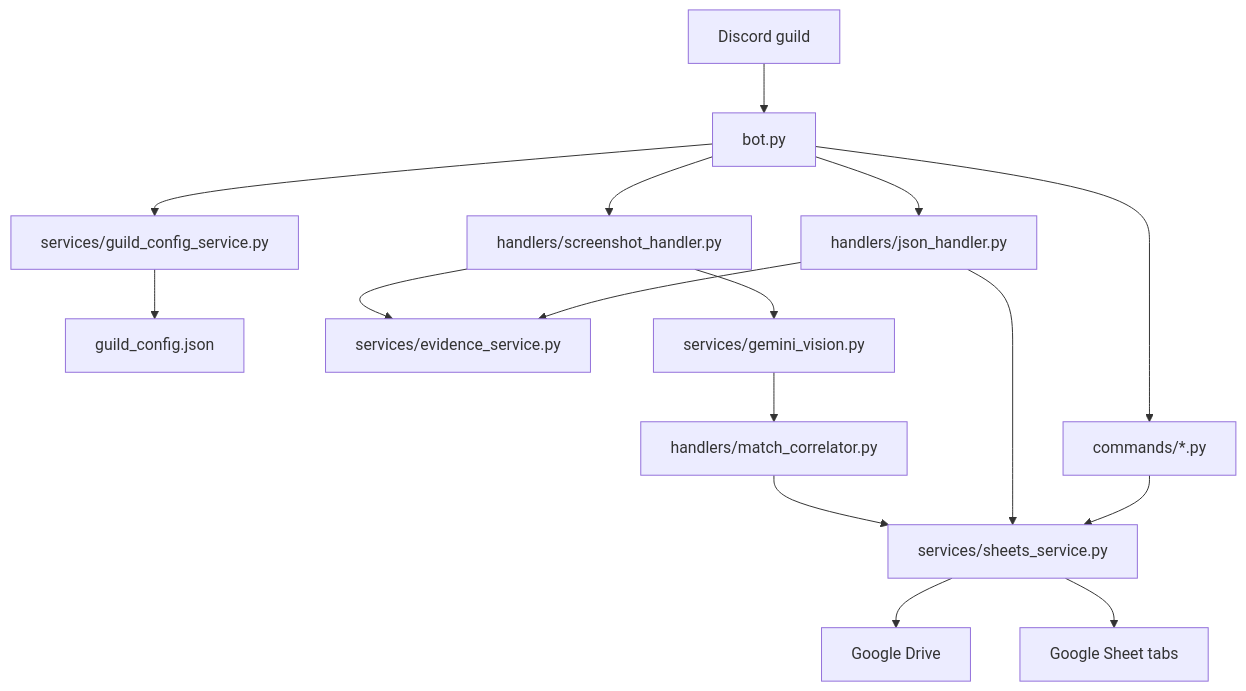
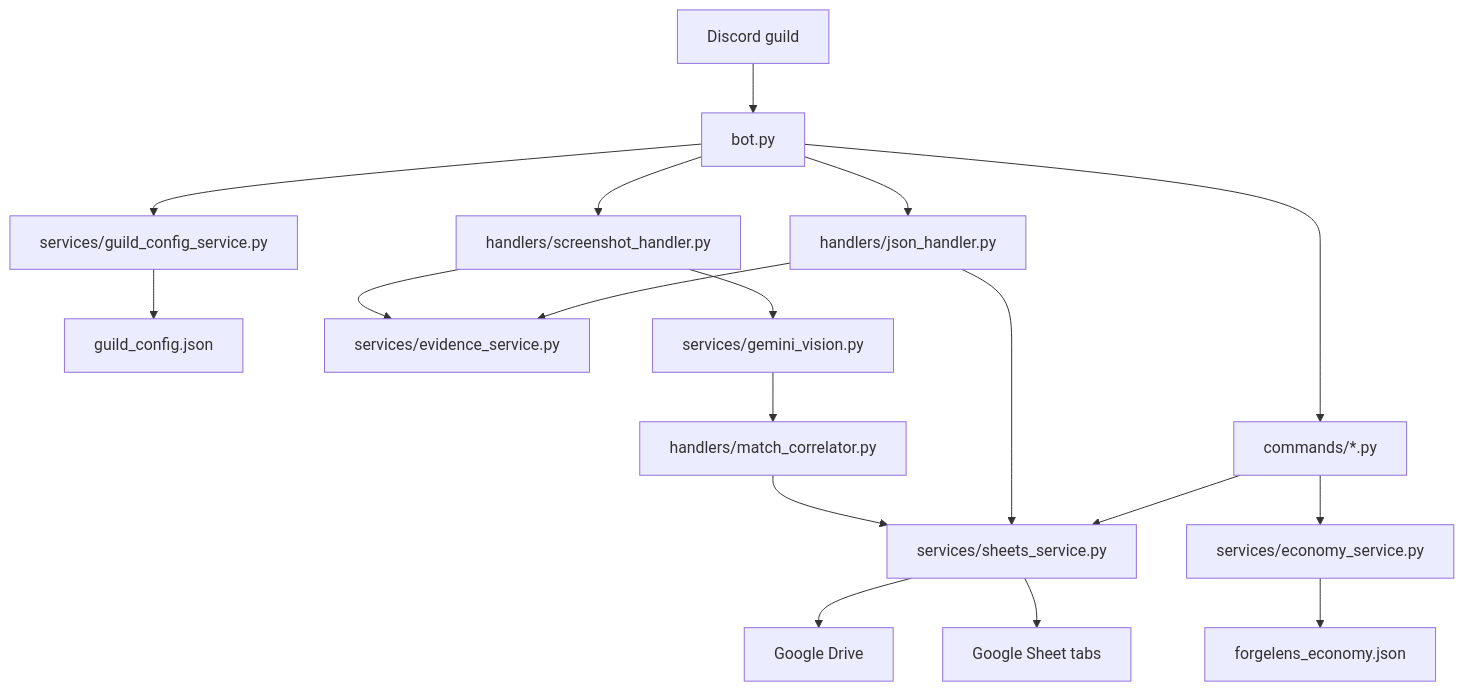
Before and after one commit to diese-tech/smite2-stat-bot: the diagram in README.md, drawn with Mermaid. The commit also changed other lines of this file and 18 other files, not shown here.

Commit message:
feat: add ForgeLens economy and help commands

````diff
--- a/README.md
+++ b/README.md
@@ -75,18 +87,20 @@
 ```mermaid
 flowchart TD
     Discord["Discord guild"] --> Bot["bot.py"]
     Bot --> GuildConfig["services/guild_config_service.py"]
     GuildConfig --> ConfigFile["guild_config.json"]
     Bot --> Screenshots["handlers/screenshot_handler.py"]
     Bot --> DraftJson["handlers/json_handler.py"]
     Bot --> SlashCommands["commands/*.py"]
     Screenshots --> Evidence["services/evidence_service.py"]
     DraftJson --> Evidence
     Screenshots --> Gemini["services/gemini_vision.py"]
     Gemini --> Correlator["handlers/match_correlator.py"]
     Correlator --> Sheets["services/sheets_service.py"]
     DraftJson --> Sheets
     SlashCommands --> Sheets
+    SlashCommands --> Economy["services/economy_service.py"]
+    Economy --> EconomyFile["forgelens_economy.json"]
     Sheets --> Drive["Google Drive"]
     Sheets --> SeasonSheet["Google Sheet tabs"]
 ```
````
